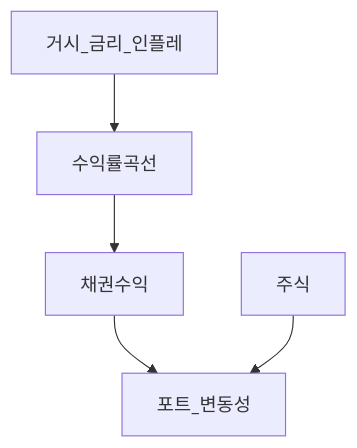
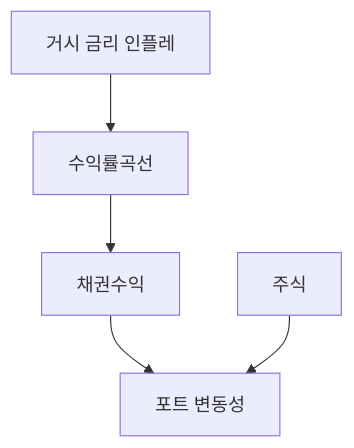
Before and after one commit to goldanghenry/Finances: the third of 3 diagrams in 03-markets/bonds-fixed-income-deep.md, drawn with Mermaid. The commit also changed other lines of this file and 211 other files, not shown here.

````diff
--- a/03-markets/bonds-fixed-income-deep.md
+++ b/03-markets/bonds-fixed-income-deep.md
@@ -130,7 +137,7 @@
 ```mermaid
 flowchart TD
-  Macro[거시_금리_인플레] --> Curve[수익률곡선]
+  Macro["거시 금리 인플레"] --> Curve[수익률곡선]
   Curve --> BondRet[채권수익]
-  BondRet --> Port[포트_변동성]
+  BondRet --> Port["포트 변동성"]
   Stock[주식] --> Port
 ```
````
